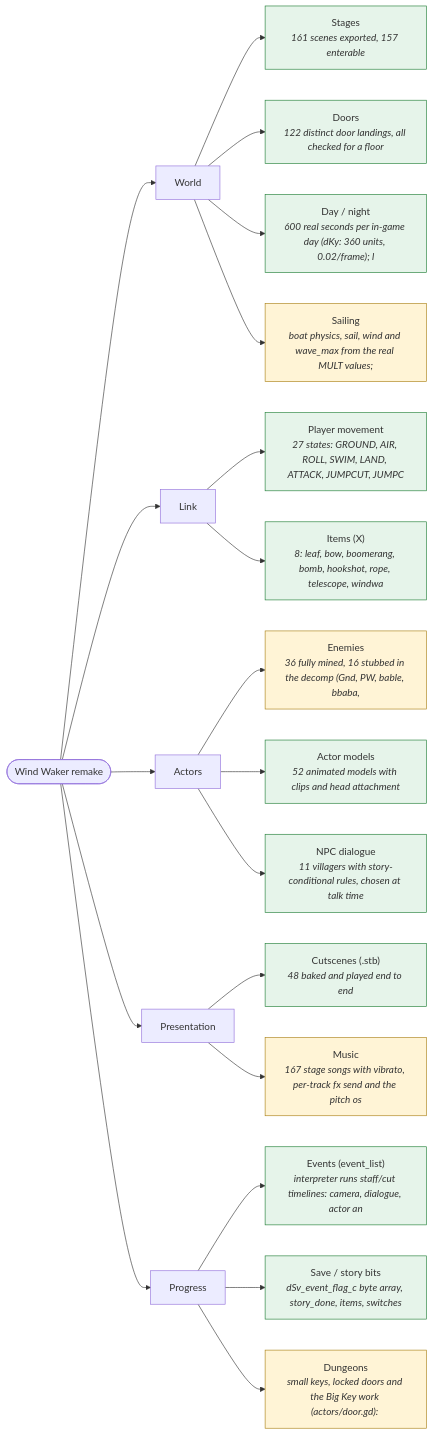
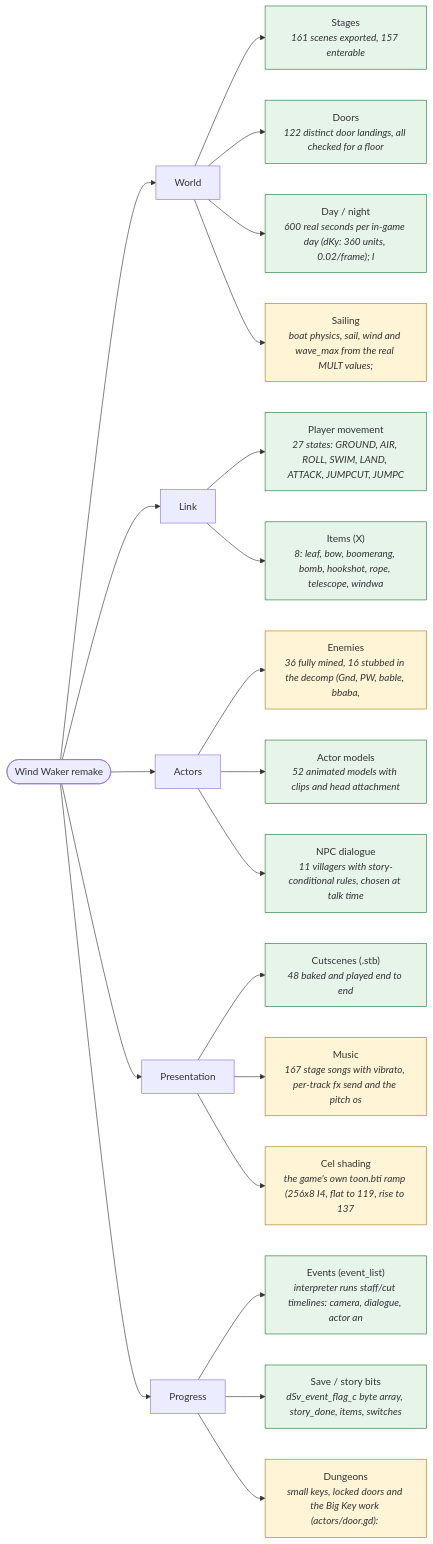
One commit to Felbs/3d-ripper-9000 changed the first of 2 diagrams in docs/game_map.md. Above: the diagram before and after it, drawn with Mermaid. The commit also changed other lines of this file and 2 other files, not shown here.

````diff
--- a/docs/game_map.md
+++ b/docs/game_map.md
@@ -12,40 +12,42 @@
 ```mermaid
 flowchart LR
     classDef ok fill:#e6f4ea,stroke:#1e7d34;
     classDef partial fill:#fff4d6,stroke:#a97f13;
     classDef missing fill:#fde7e7,stroke:#a51b1b;
     GAME(["Wind Waker remake"])
     GAME --> G0["World"]
     G0 --> G0_0["Stages<br/><i>161 scenes exported, 157 enterable</i>"]
     class G0_0 ok;
     G0 --> G0_1["Doors<br/><i>122 distinct door landings, all checked for a floor</i>"]
     class G0_1 ok;
     G0 --> G0_2["Day / night<br/><i>600 real seconds per in-game day (dKy: 360 units, 0.02/frame); l</i>"]
     class G0_2 ok;
     G0 --> G0_3["Sailing<br/><i>boat physics, sail, wind and wave_max from the real MULT values;</i>"]
     class G0_3 partial;
     GAME --> G1["Link"]
     G1 --> G1_0["Player movement<br/><i>27 states: GROUND, AIR, ROLL, SWIM, LAND, ATTACK, JUMPCUT, JUMPC</i>"]
     class G1_0 ok;
     G1 --> G1_1["Items (X)<br/><i>8: leaf, bow, boomerang, bomb, hookshot, rope, telescope, windwa</i>"]
     class G1_1 ok;
     GAME --> G2["Actors"]
     G2 --> G2_0["Enemies<br/><i>36 fully mined, 16 stubbed in the decomp (Gnd, PW, bable, bbaba,</i>"]
     class G2_0 partial;
     G2 --> G2_1["Actor models<br/><i>52 animated models with clips and head attachment</i>"]
     class G2_1 ok;
     G2 --> G2_2["NPC dialogue<br/><i>11 villagers with story-conditional rules, chosen at talk time</i>"]
     class G2_2 ok;
     GAME --> G3["Presentation"]
     G3 --> G3_0["Cutscenes (.stb)<br/><i>48 baked and played end to end</i>"]
     class G3_0 ok;
     G3 --> G3_1["Music<br/><i>167 stage songs with vibrato, per-track fx send and the pitch os</i>"]
     class G3_1 partial;
+    G3 --> G3_2["Cel shading<br/><i>the game's own toon.bti ramp (256x8 I4, flat to 119, rise to 137</i>"]
+    class G3_2 partial;
     GAME --> G4["Progress"]
     G4 --> G4_0["Events (event_list)<br/><i>interpreter runs staff/cut timelines: camera, dialogue, actor an</i>"]
     class G4_0 ok;
     G4 --> G4_1["Save / story bits<br/><i>dSv_event_flag_c byte array, story_done, items, switches</i>"]
     class G4_1 ok;
     G4 --> G4_2["Dungeons<br/><i>small keys, locked doors and the Big Key work (actors/door.gd): </i>"]
     class G4_2 partial;
 ```
````
